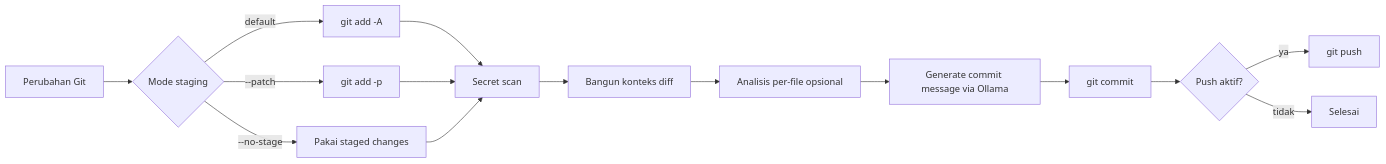
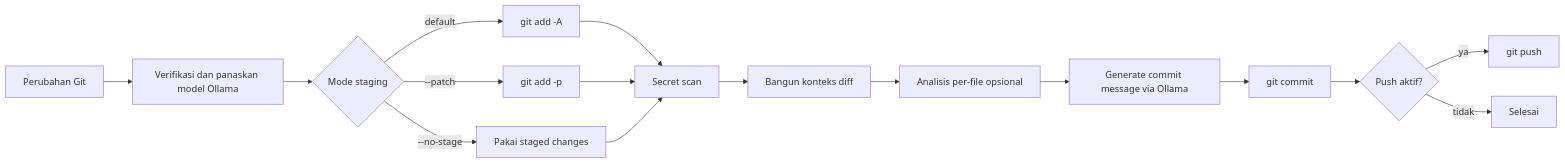
The diagram in README.md (aibersemi/git-auto-commit-ollama), drawn with Mermaid before and after one commit. The commit also changed other lines of this file and 1 other file, not shown here.

Commit message:
docs: Update documentation and script for model preflight checks
- Document the new CLI preflight check in README.md to verify and warm up the specified Ollama model.
- Update the Mermaid diagram in README.md to reflect the initial model verification step.

````diff
--- a/README.md
+++ b/README.md
@@ -49,17 +50,18 @@
 ```mermaid
 flowchart LR
-  A[Perubahan Git] --> B{Mode staging}
+  A[Perubahan Git] --> O[Verifikasi dan panaskan model Ollama]
+  O --> B{Mode staging}
   B -->|default| C[git add -A]
   B -->|--patch| D[git add -p]
   B -->|--no-stage| E[Pakai staged changes]
   C --> F[Secret scan]
   D --> F
   E --> F
   F --> G[Bangun konteks diff]
   G --> H[Analisis per-file opsional]
   H --> I[Generate commit message via Ollama]
   I --> J[git commit]
   J --> K{Push aktif?}
   K -->|ya| L[git push]
   K -->|tidak| M[Selesai]
 ```
````
